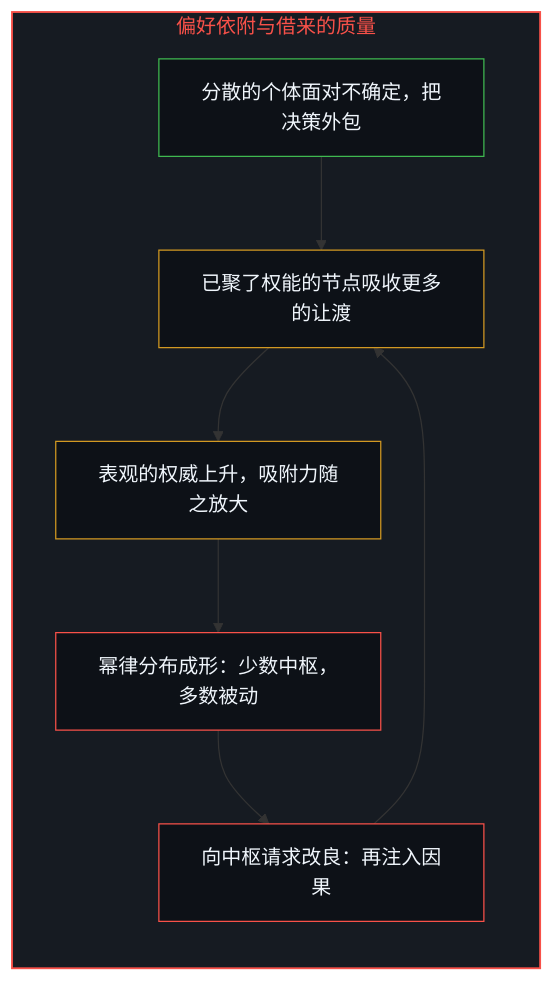
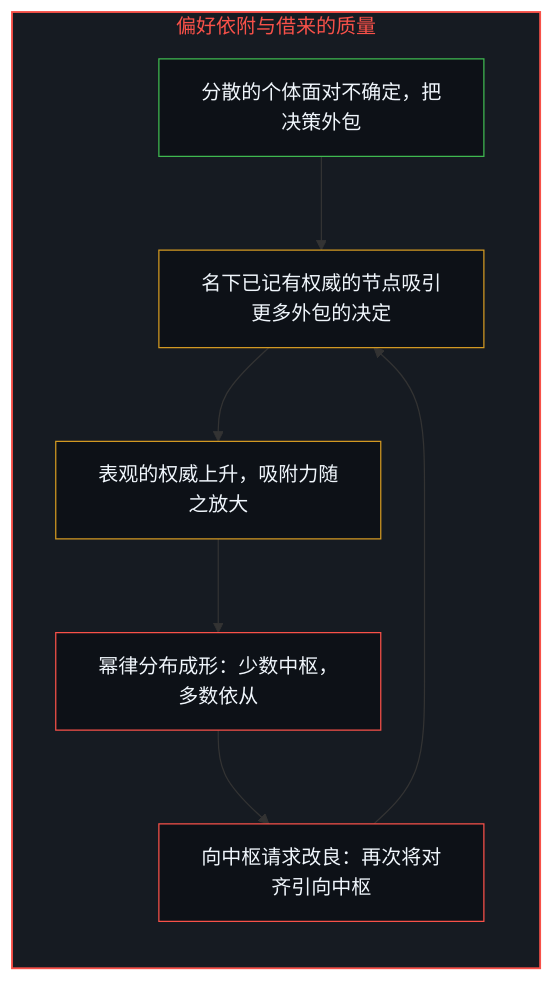
The seventh of 12 diagrams in content/posts/the-power-law-of-surrendered-agency.md (powerpig99/not-a-toe), drawn with Mermaid before and after one commit. The commit also changed other lines of this file and 2 other files, not shown here.

Commit message:
Consolidate Deep Sleep Batch 5: the-power-law-of-surrendered-agency, fixed-by-nothing (10 NO_DELTA)

````diff
--- a/content/posts/the-power-law-of-surrendered-agency.md
+++ b/content/posts/the-power-law-of-surrendered-agency.md
@@ -191,22 +191,22 @@
 ```mermaid
 flowchart TD
     subgraph S_Hub["偏好依附与借来的质量"]
         direction TB
         Many["分散的个体面对不确定，把决策外包"]
-        Hub["已聚了权能的节点吸收更多的让渡"]
+        Hub["名下已记有权威的节点吸引更多外包的决定"]
         Loop["表观的权威上升，吸附力随之放大"]
-        Power["幂律分布成形：少数中枢，多数被动"]
-        Petition["向中枢请求改良：再注入因果"]
+        Power["幂律分布成形：少数中枢，多数依从"]
+        Petition["向中枢请求改良：再次将对齐引向中枢"]
         Many --> Hub
         Hub --> Loop
         Loop --> Power
         Power --> Petition
         Petition --> Hub
     end
     style S_Hub fill:#161b22,stroke:#f85149,stroke-width:1.5px,color:#f85149
     style Many fill:#0d1117,stroke:#3fb950,stroke-width:1px,color:#f0f6fc
     style Hub fill:#0d1117,stroke:#d29922,stroke-width:1px,color:#f0f6fc
     style Loop fill:#0d1117,stroke:#d29922,stroke-width:1px,color:#f0f6fc
     style Power fill:#0d1117,stroke:#f85149,stroke-width:1px,color:#f0f6fc
     style Petition fill:#0d1117,stroke:#f85149,stroke-width:1px,color:#f0f6fc
 ```
````
